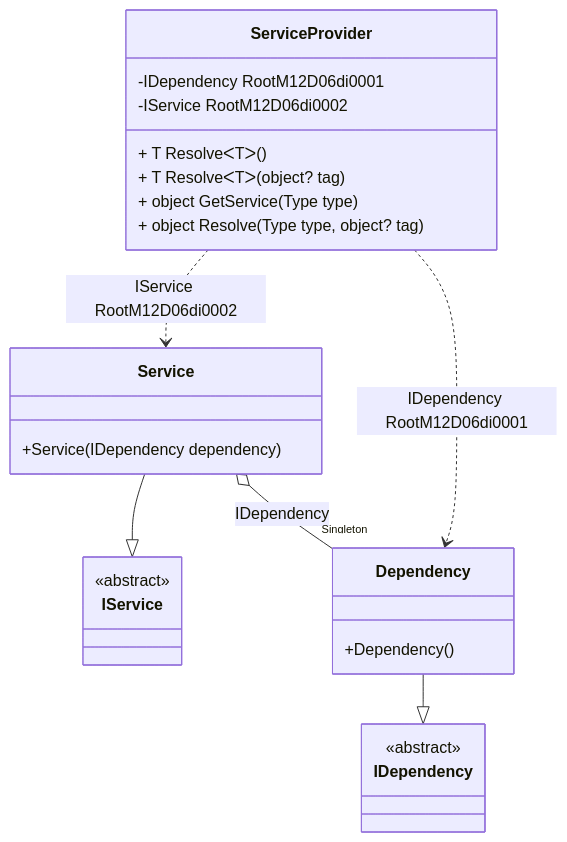
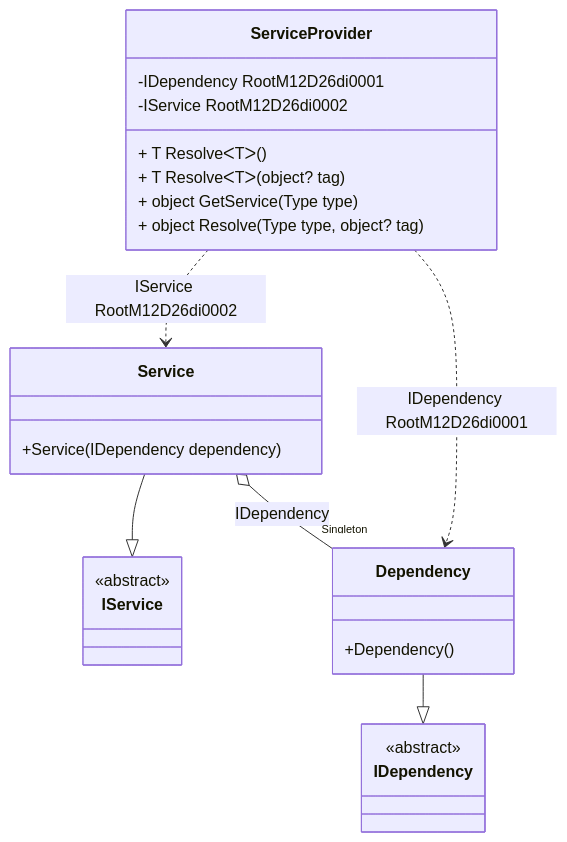
The diagram in readme/service-provider.md (DevTeam/Pure.DI), drawn with Mermaid before and after one commit. The commit also changed other lines of this file and 72 other files, not shown here.

````diff
--- a/readme/service-provider.md
+++ b/readme/service-provider.md
@@ -49,28 +49,28 @@
 ```mermaid
 classDiagram
   class ServiceProvider {
-    -IDependency RootM12D06di0001
-    -IService RootM12D06di0002
+    -IDependency RootM12D26di0001
+    -IService RootM12D26di0002
     + T ResolveᐸTᐳ()
     + T ResolveᐸTᐳ(object? tag)
     + object GetService(Type type)
     + object Resolve(Type type, object? tag)
   }
   Service --|> IService : 
   class Service {
     +Service(IDependency dependency)
   }
   Dependency --|> IDependency : 
   class Dependency {
     +Dependency()
   }
   class IService {
     <<abstract>>
   }
   class IDependency {
     <<abstract>>
   }
   Service o--  "Singleton" Dependency : IDependency
-  ServiceProvider ..> Dependency : IDependency RootM12D06di0001
-  ServiceProvider ..> Service : IService RootM12D06di0002
+  ServiceProvider ..> Dependency : IDependency RootM12D26di0001
+  ServiceProvider ..> Service : IService RootM12D26di0002
 ```
````
